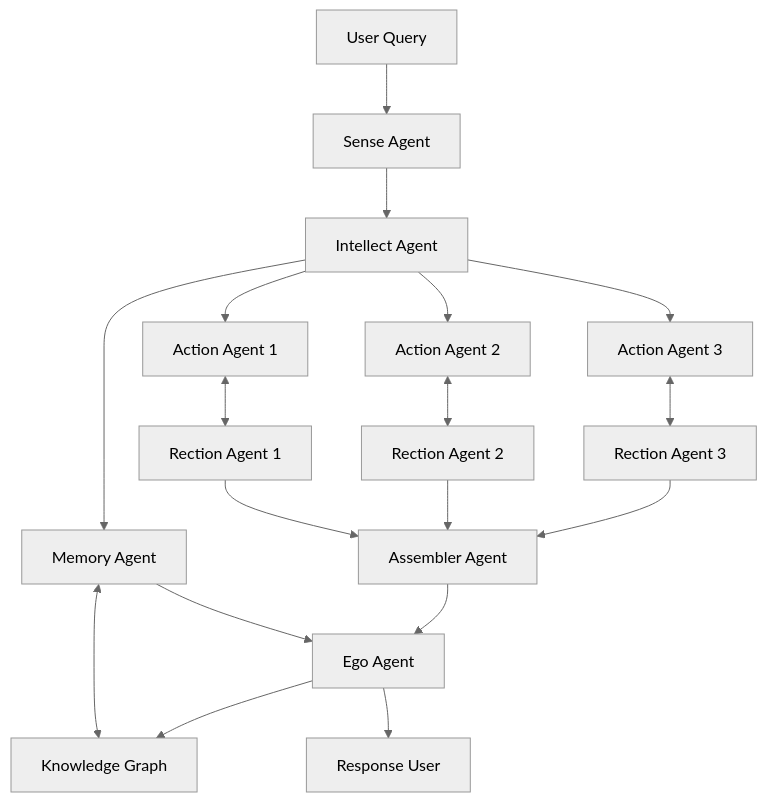
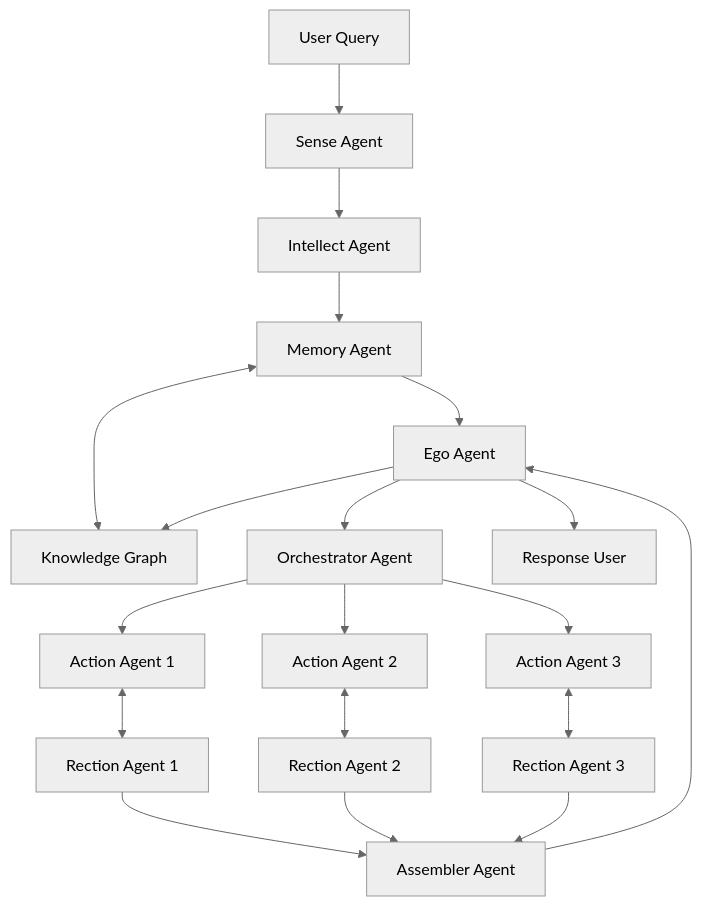
Before and after one commit to Mindverse-Computing/algoverse: the diagram in README.md, drawn with Mermaid (neutral theme).

````diff
--- a/README.md
+++ b/README.md
@@ -78,20 +78,21 @@
 ```mermaid
 graph TD
   A[User Query] --> S[Sense Agent]
   S --> I[Intellect Agent]
   I --> M[Memory Agent]
   M <--> G[Knowledge Graph]
   M --> E[Ego Agent]
-  I --> A1[Action Agent 1]
-  I --> A2[Action Agent 2]
-  I --> A3[Action Agent 3]
+  E --> O[Orchestrator Agent]
+  O --> A1[Action Agent 1]
+  O --> A2[Action Agent 2]
+  O --> A3[Action Agent 3]
   A1 <--> R1[Rection Agent 1]
   A2 <--> R2[Rection Agent 2]
   A3 <--> R3[Rection Agent 3]
   R1 --> AA[Assembler Agent]
   R2 --> AA[Assembler Agent]
   R3 --> AA[Assembler Agent]
   AA --> E[Ego Agent]
   E --> G[Knowledge Graph]
   E --> U[Response User]
 ```
````
